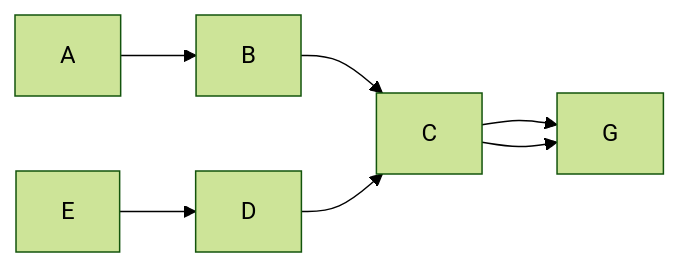
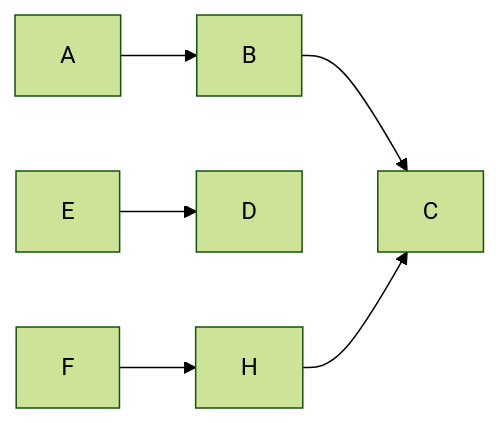
One commit to CarstenSavage47/data-analytics changed the first of 4 diagrams in Mermaid_Test.md. Above: the diagram before and after it, drawn with Mermaid (forest theme).

Commit message:
Making some new edits

````diff
--- a/Mermaid_Test.md
+++ b/Mermaid_Test.md
@@ -2,5 +2,6 @@
 ```mermaid
 flowchart LR 
-    A --> B --> C --> G
-    E --> D --> C --> G
+    A --> B --> C
+    E --> D 
+    F --> H --> C
 ```
````
